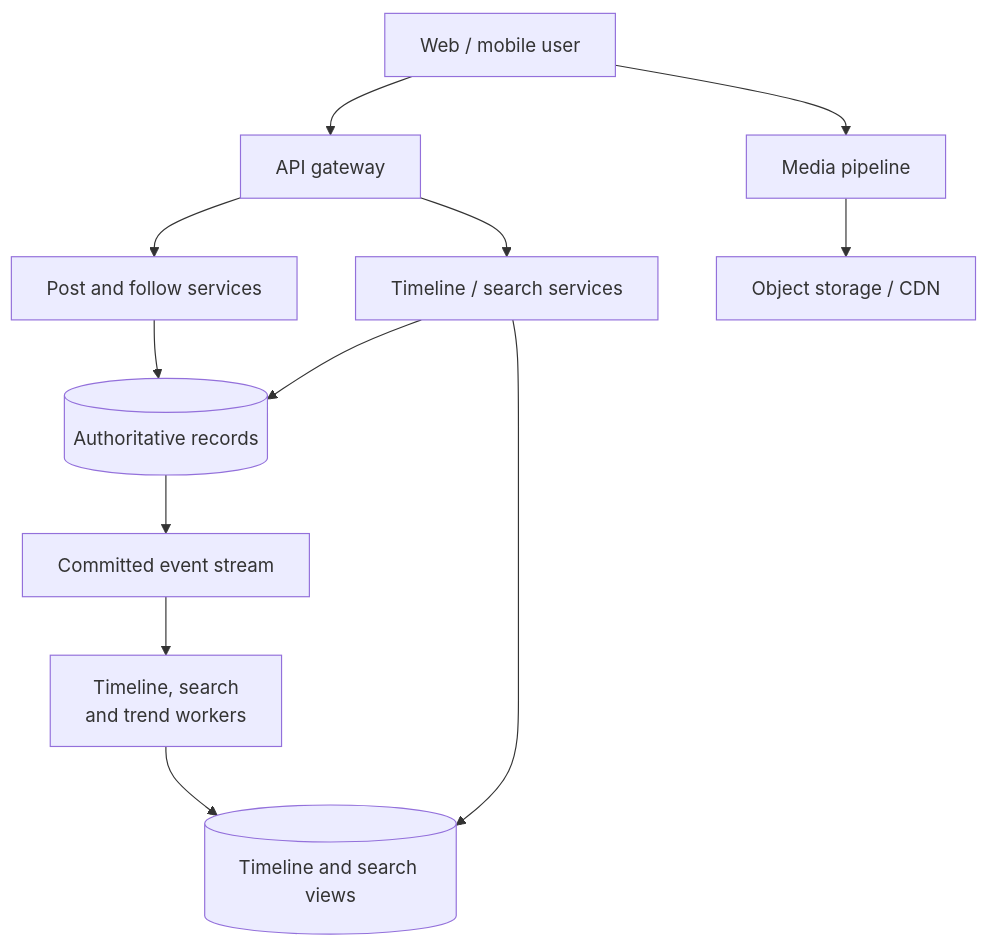
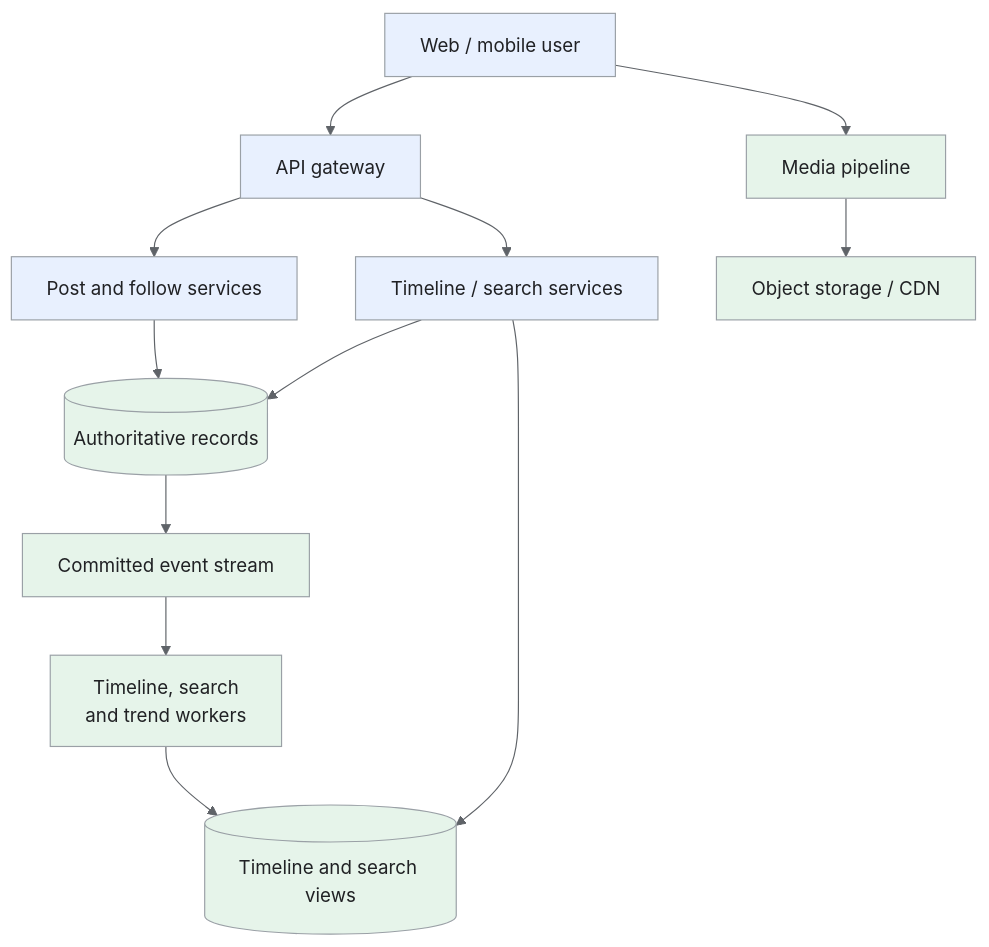
Before and after one commit to iliazlobin/iliazlobin.github.io: the first of 3 diagrams in _designs/system-design-twitter-x.md, drawn with Mermaid. The commit also changed other lines of this file and 25 other files, not shown here.

Commit message:
docs: explain Batch B design flows and tradeoffs

````diff
--- a/_designs/system-design-twitter-x.md
+++ b/_designs/system-design-twitter-x.md
@@ -129,14 +147,21 @@
 ```mermaid
+%%{init: {'theme':'base','themeVariables':{'primaryColor':'#e8f0fe','primaryTextColor':'#202124','primaryBorderColor':'#9aa0a6','lineColor':'#5f6368','secondaryColor':'#e6f4ea','tertiaryColor':'#fef7e0','actorBkg':'#e8f0fe','actorBorder':'#9aa0a6','actorTextColor':'#202124','noteBkgColor':'#fef7e0','noteTextColor':'#202124','noteBorderColor':'#9aa0a6','signalColor':'#5f6368','signalTextColor':'#202124','labelBoxBkgColor':'#fef7e0','labelBoxBorderColor':'#9aa0a6'}}}%%
 flowchart TB
   U["Web / mobile user"] --> API["API gateway"]
   API --> WRITE["Post and follow services"]
   WRITE --> DB[("Authoritative records")]
   DB --> EVENTS["Committed event stream"]
   EVENTS --> DERIVED["Timeline, search<br/>and trend workers"]
   DERIVED --> VIEWS[("Timeline and search views")]
   API --> READ["Timeline / search services"]
   READ --> VIEWS
   READ --> DB
   U --> MEDIA["Media pipeline"]
   MEDIA --> CDN["Object storage / CDN"]
+classDef request fill:#e8f0fe,stroke:#9aa0a6,color:#202124;
+classDef data fill:#e6f4ea,stroke:#9aa0a6,color:#202124;
+classDef control fill:#fef7e0,stroke:#9aa0a6,color:#202124;
+class U,API,WRITE,READ request;
+class DB,EVENTS,DERIVED,VIEWS,MEDIA,CDN data;
+
 ```
````
